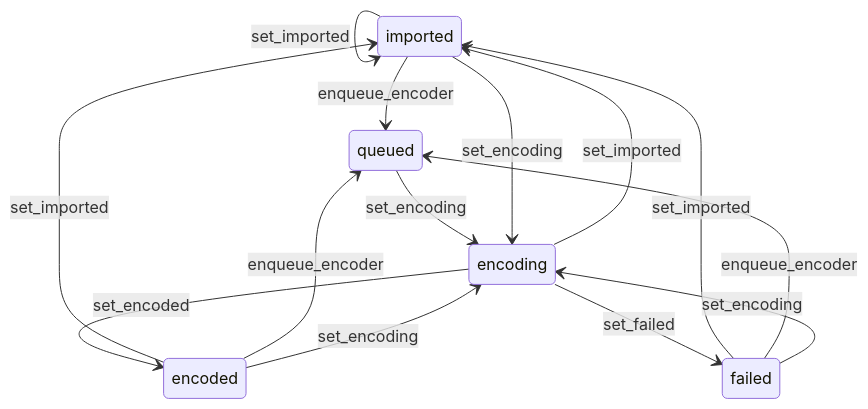
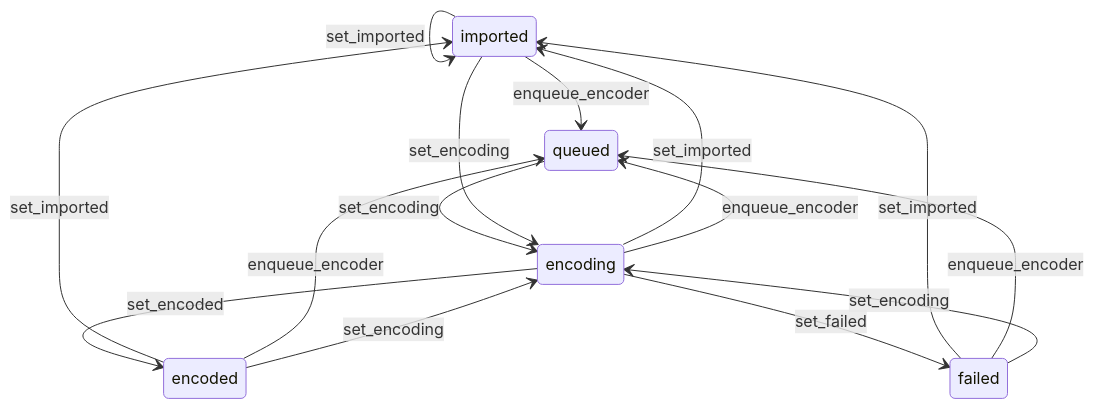
One commit to zebbra/data_aggregator changed the diagram in lib/data_aggregator/records/record/record-mermaid-flowchart.md. Above: the diagram before and after it, drawn with Mermaid. The commit also changed 19 other files, not shown here.

````diff
--- a/lib/data_aggregator/records/record/record-mermaid-flowchart.md
+++ b/lib/data_aggregator/records/record/record-mermaid-flowchart.md
@@ -1,16 +1,17 @@
 ```mermaid
 stateDiagram-v2
 imported --> imported: set_imported
 imported --> queued: enqueue_encoder
 queued --> encoding: set_encoding
 encoding --> imported: set_imported
+encoding --> queued: enqueue_encoder
 encoding --> encoded: set_encoded
 encoded --> imported: set_imported
 encoded --> queued: enqueue_encoder
 encoded --> encoding: set_encoding
 encoding --> failed: set_failed
 failed --> imported: set_imported
 failed --> queued: enqueue_encoder
 failed --> encoding: set_encoding
 imported --> encoding: set_encoding
 ```
````
